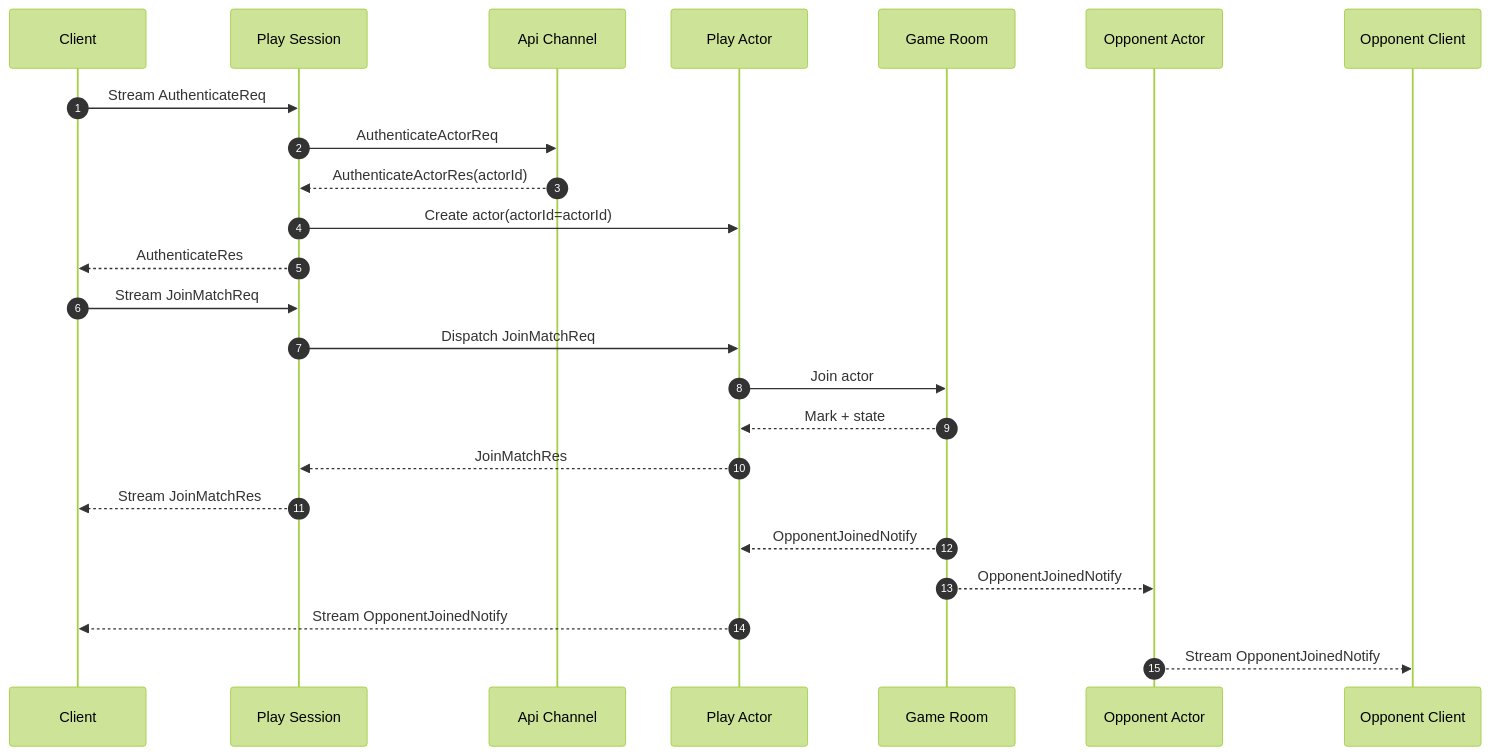
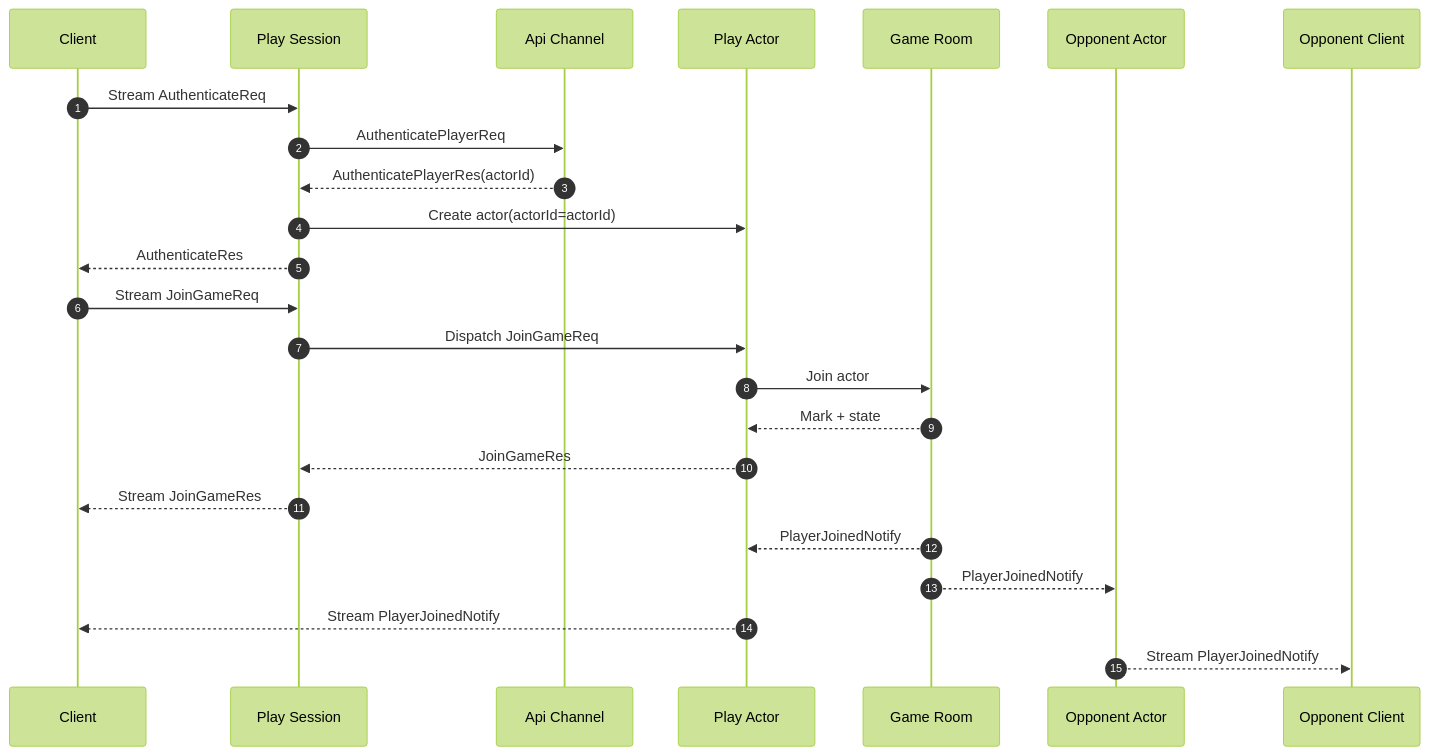
Before and after one commit to kairos-code-dev/zlink: the third of 4 diagrams in framework/doc/spec/sample/tictactoe/direct.ko.md, drawn with Mermaid (forest theme). The commit also changed other lines of this file and 160 other files, not shown here.

````diff
--- a/framework/doc/spec/sample/tictactoe/direct.ko.md
+++ b/framework/doc/spec/sample/tictactoe/direct.ko.md
@@ -176,27 +169,27 @@
 ```mermaid
 sequenceDiagram
     autonumber
     participant C as Client
     participant S as Play Session
     participant API as Api Channel
     participant ACT as Play Actor
     participant ROOM as Game Room
     participant OACT as Opponent Actor
     participant OC as Opponent Client
 
     C->>S: Stream AuthenticateReq
-    S->>API: AuthenticateActorReq
-    API-->>S: AuthenticateActorRes(actorId)
+    S->>API: AuthenticatePlayerReq
+    API-->>S: AuthenticatePlayerRes(actorId)
     S->>ACT: Create actor(actorId=actorId)
     S-->>C: AuthenticateRes
-    C->>S: Stream JoinMatchReq
-    S->>ACT: Dispatch JoinMatchReq
+    C->>S: Stream JoinGameReq
+    S->>ACT: Dispatch JoinGameReq
     ACT->>ROOM: Join actor
     ROOM-->>ACT: Mark + state
-    ACT-->>S: JoinMatchRes
-    S-->>C: Stream JoinMatchRes
-    ROOM-->>ACT: OpponentJoinedNotify
-    ROOM-->>OACT: OpponentJoinedNotify
-    ACT-->>C: Stream OpponentJoinedNotify
-    OACT-->>OC: Stream OpponentJoinedNotify
+    ACT-->>S: JoinGameRes
+    S-->>C: Stream JoinGameRes
+    ROOM-->>ACT: PlayerJoinedNotify
+    ROOM-->>OACT: PlayerJoinedNotify
+    ACT-->>C: Stream PlayerJoinedNotify
+    OACT-->>OC: Stream PlayerJoinedNotify
 ```
````
